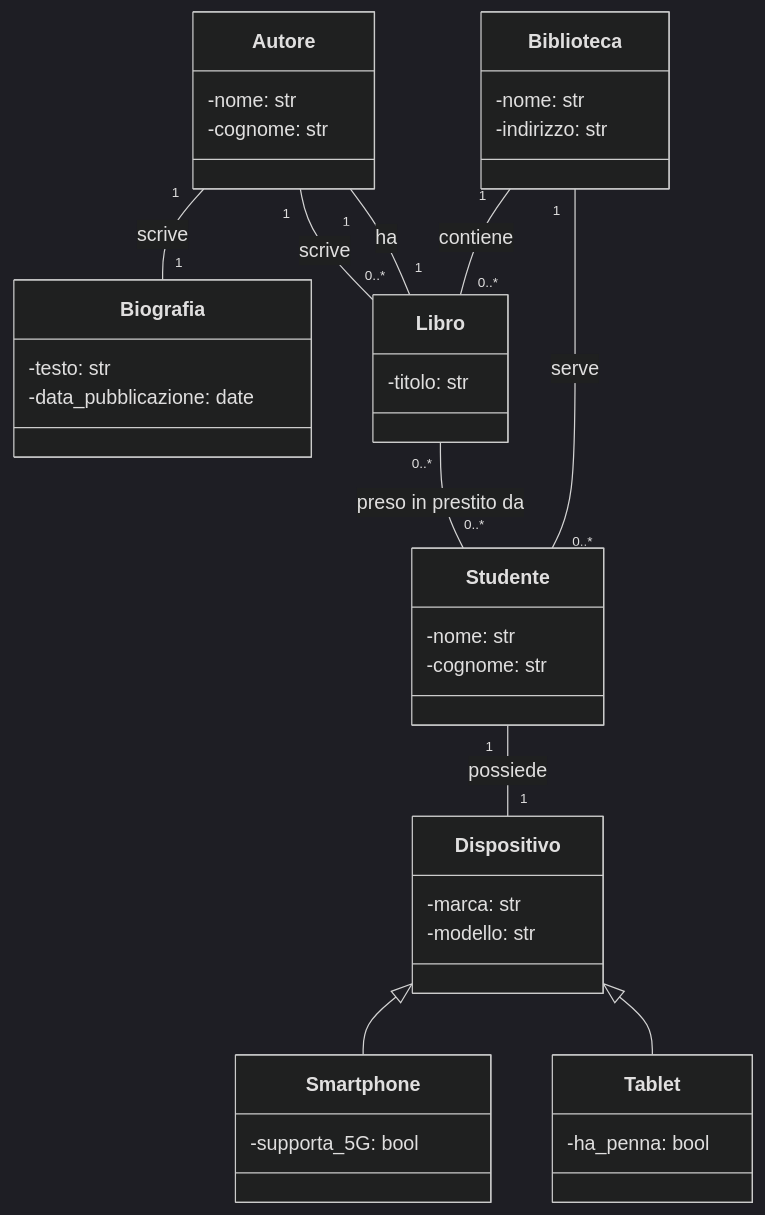
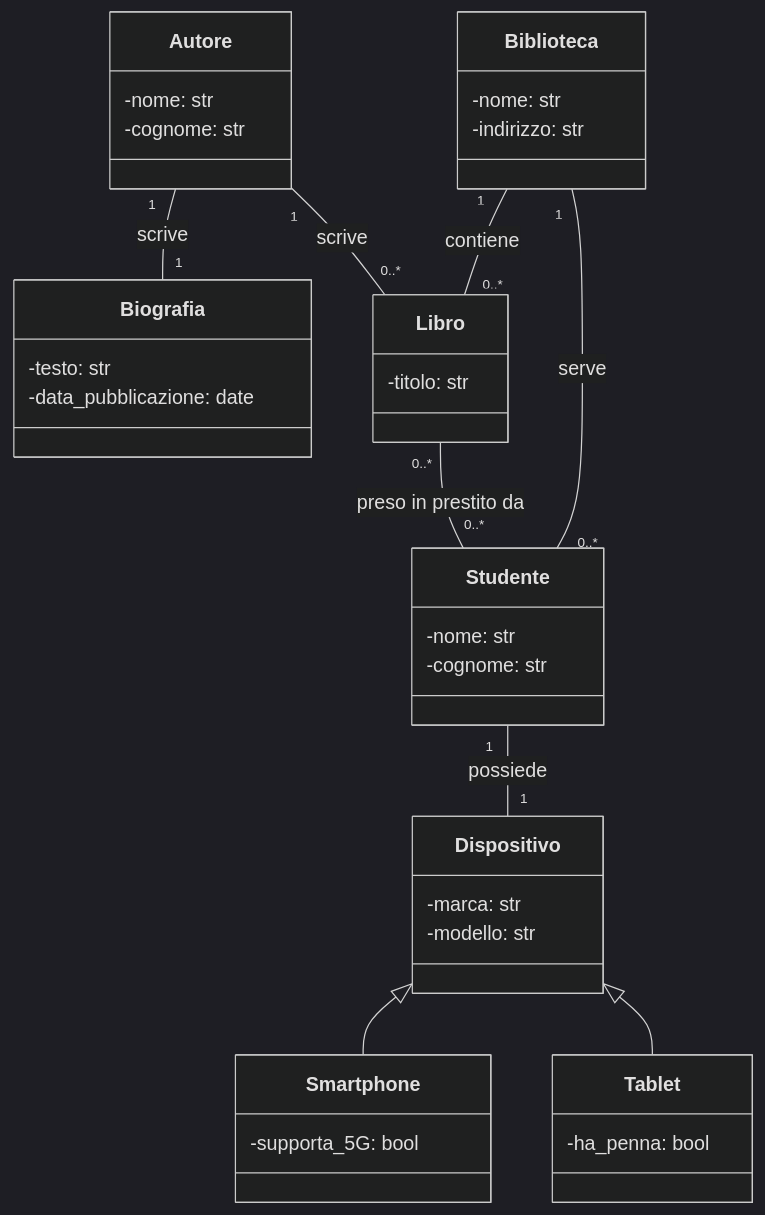
Before and after one commit to angelogalantiscuola/2425_4M: the diagram in src/e15.md, drawn with Mermaid (dark theme). The commit also changed 1 other file, not shown here.

Commit message:
Add UML class diagram for hospital management system and update library system diagram

````diff
--- a/src/e15.md
+++ b/src/e15.md
@@ -1,42 +1,41 @@
 ```mermaid
 classDiagram
     class Autore {
         -nome: str
         -cognome: str
     }
     class Biografia {
         -testo: str
         -data_pubblicazione: date
     }
     class Biblioteca {
         -nome: str
         -indirizzo: str
     }
     class Libro {
         -titolo: str
     }
     class Studente {
         -nome: str
         -cognome: str
     }
     class Dispositivo {
         -marca: str
         -modello: str
     }
     class Smartphone {
         -supporta_5G: bool
     }
     class Tablet {
         -ha_penna: bool
     }
 
     Autore "1" -- "1" Biografia : scrive
     Autore "1" -- "0..*" Libro : scrive
     Biblioteca "1" -- "0..*" Libro : contiene
     Biblioteca "1" -- "0..*" Studente : serve
-    Libro "1" -- "1" Autore : ha
     Libro "0..*" -- "0..*" Studente : preso in prestito da
     Studente "1" -- "1" Dispositivo : possiede
     Dispositivo <|-- Smartphone
     Dispositivo <|-- Tablet
 ```
````
